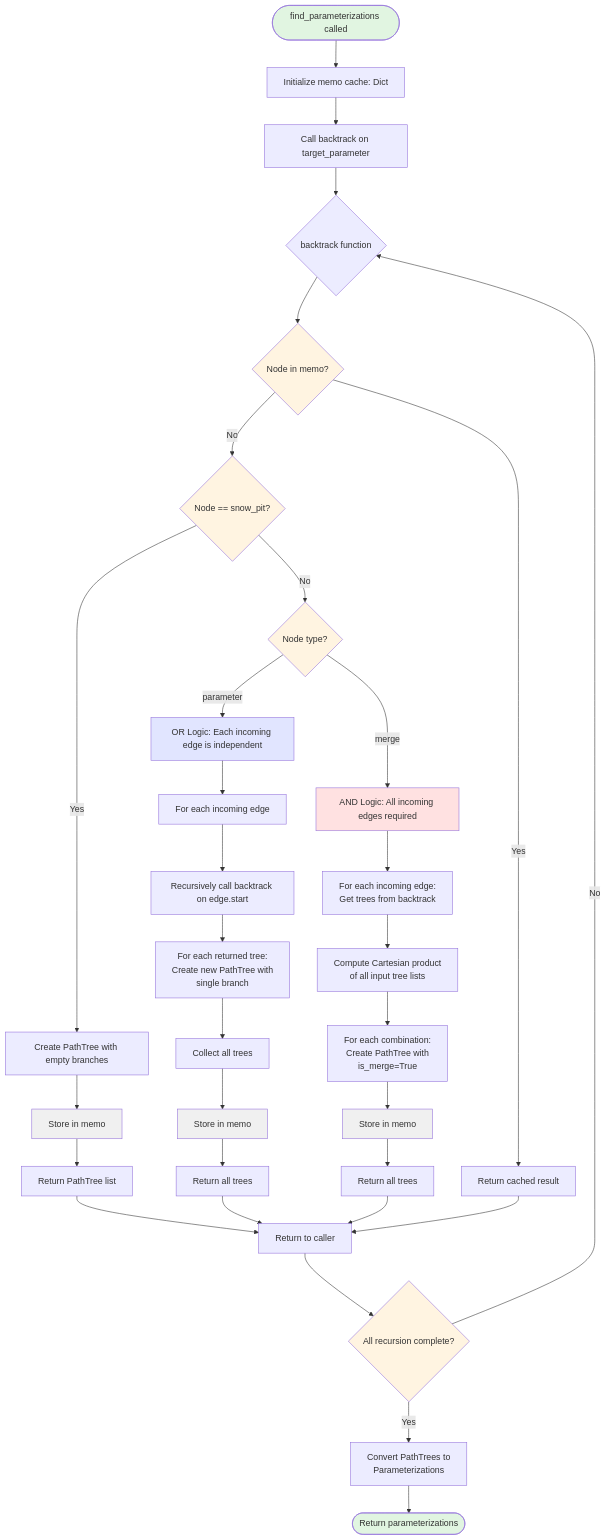
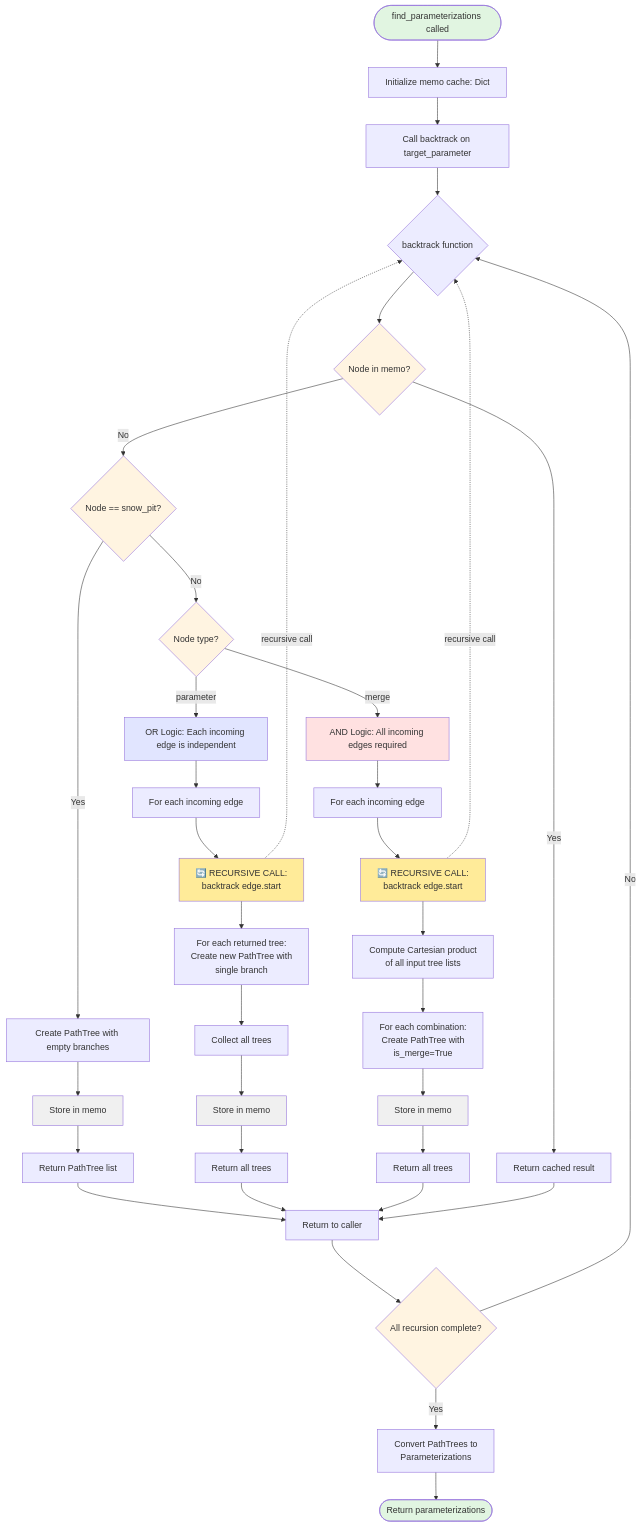
The diagram in algorithm/algorithm_flowchart.md (connellymk/SnowPyt-MechParams), drawn with Mermaid before and after one commit.

Commit message:
update flowchart

````diff
--- a/algorithm/algorithm_flowchart.md
+++ b/algorithm/algorithm_flowchart.md
@@ -5,55 +5,60 @@
 ```mermaid
 flowchart TD
     Start([find_parameterizations called]) --> Init[Initialize memo cache: Dict]
     Init --> CallBacktrack[Call backtrack on target_parameter]
     
     CallBacktrack --> Backtrack{backtrack function}
     
     Backtrack --> CheckMemo{Node in memo?}
     CheckMemo -->|Yes| ReturnCached[Return cached result]
     CheckMemo -->|No| CheckBase{Node == snow_pit?}
     
     CheckBase -->|Yes| BaseCase[Create PathTree with empty branches]
     BaseCase --> StoreMemo1[Store in memo]
     StoreMemo1 --> Return1[Return PathTree list]
     
     CheckBase -->|No| CheckType{Node type?}
     
     CheckType -->|parameter| ParamLogic[OR Logic: Each incoming edge is independent]
     CheckType -->|merge| MergeLogic[AND Logic: All incoming edges required]
     
     ParamLogic --> LoopEdges[For each incoming edge]
-    LoopEdges --> RecurseParam[Recursively call backtrack on edge.start]
+    LoopEdges --> RecurseParam[🔄 RECURSIVE CALL:<br/>backtrack edge.start]
+    RecurseParam -.->|recursive call| Backtrack
     RecurseParam --> CreateParamTree[For each returned tree:<br/>Create new PathTree with<br/>single branch]
     CreateParamTree --> CollectParam[Collect all trees]
     CollectParam --> StoreMemo2[Store in memo]
     StoreMemo2 --> Return2[Return all trees]
     
-    MergeLogic --> GetInputs[For each incoming edge:<br/>Get trees from backtrack]
-    GetInputs --> Cartesian[Compute Cartesian product<br/>of all input tree lists]
+    MergeLogic --> GetInputs[For each incoming edge]
+    GetInputs --> RecurseMerge[🔄 RECURSIVE CALL:<br/>backtrack edge.start]
+    RecurseMerge -.->|recursive call| Backtrack
+    RecurseMerge --> Cartesian[Compute Cartesian product<br/>of all input tree lists]
     Cartesian --> CreateMergeTrees[For each combination:<br/>Create PathTree with<br/>is_merge=True]
     CreateMergeTrees --> StoreMemo3[Store in memo]
     StoreMemo3 --> Return3[Return all trees]
     
     Return1 --> BackToMain
     Return2 --> BackToMain
     Return3 --> BackToMain
     ReturnCached --> BackToMain
     
     BackToMain[Return to caller] --> CheckComplete{All recursion complete?}
     CheckComplete -->|No| Backtrack
     CheckComplete -->|Yes| ConvertTrees[Convert PathTrees to<br/>Parameterizations]
     ConvertTrees --> End([Return parameterizations])
     
     style Start fill:#e1f5e1
     style End fill:#e1f5e1
     style CheckMemo fill:#fff4e1
     style CheckBase fill:#fff4e1
     style CheckType fill:#fff4e1
     style CheckComplete fill:#fff4e1
     style ParamLogic fill:#e1e5ff
     style MergeLogic fill:#ffe1e1
     style StoreMemo1 fill:#f0f0f0
     style StoreMemo2 fill:#f0f0f0
     style StoreMemo3 fill:#f0f0f0
+    style RecurseParam fill:#ffeb99
+    style RecurseMerge fill:#ffeb99
 ```
````
